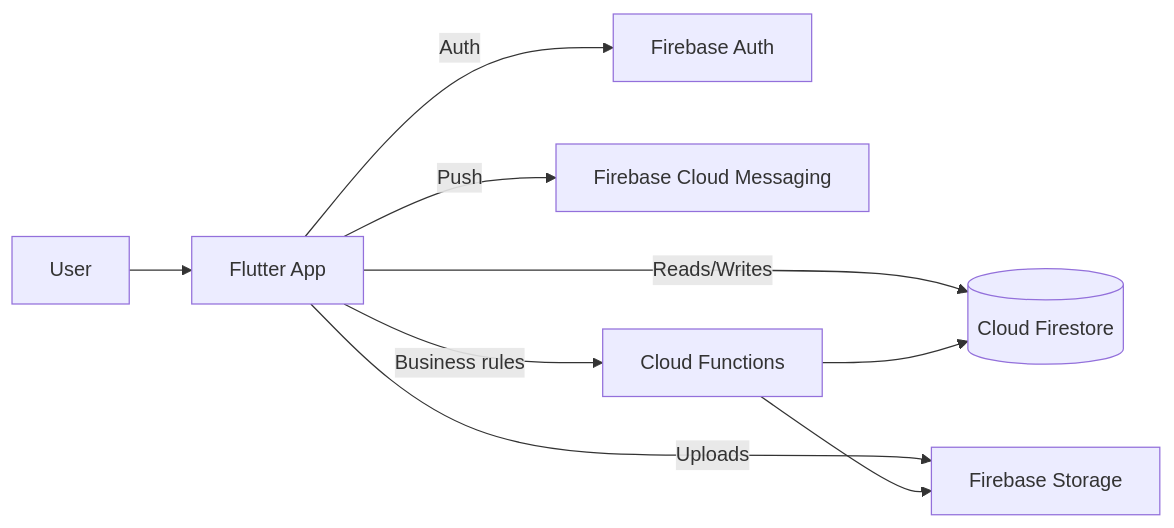
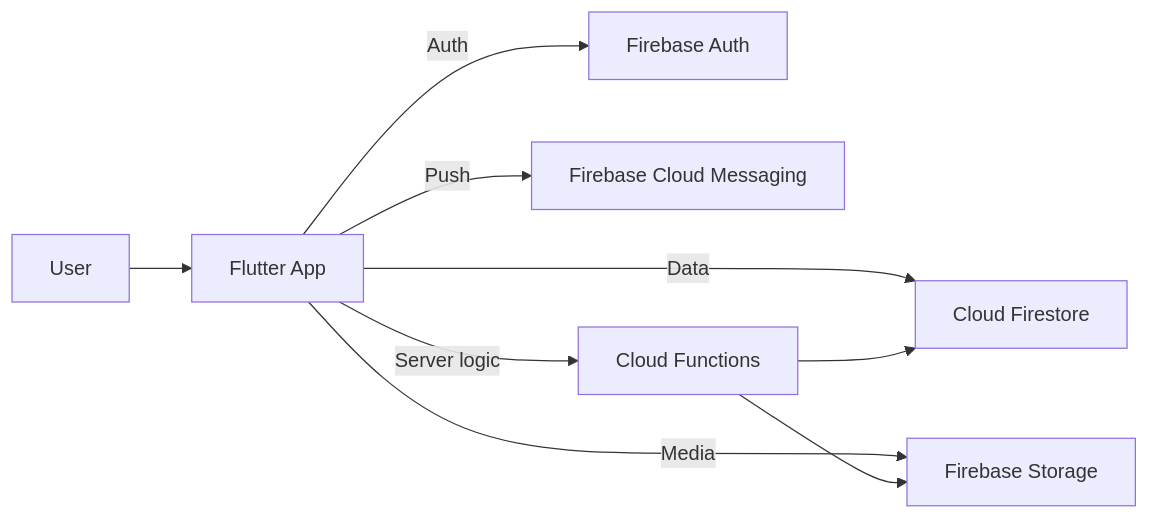
The first of 4 diagrams in README.md (Almichot-1/p2p-delivery-platform), drawn with Mermaid before and after one commit. The commit also changed other lines of this file and 3 other files, not shown here.

````diff
--- a/README.md
+++ b/README.md
@@ -79,11 +93,11 @@
 ```mermaid
 flowchart LR
-  U[User] --> APP[Flutter App]
-  APP -->|Auth| AUTH[Firebase Auth]
-  APP -->|Reads/Writes| DB[(Cloud Firestore)]
-  APP -->|Uploads| STO[Firebase Storage]
-  APP -->|Push| FCM[Firebase Cloud Messaging]
-  APP -->|Business rules| FN[Cloud Functions]
-  FN --> DB
-  FN --> STO
+  U[User] --> A[Flutter App]
+  A -->|Auth| FA[Firebase Auth]
+  A -->|Data| DB[Cloud Firestore]
+  A -->|Media| ST[Firebase Storage]
+  A -->|Push| FCM[Firebase Cloud Messaging]
+  A -->|Server logic| CF[Cloud Functions]
+  CF --> DB
+  CF --> ST
 ```
````
